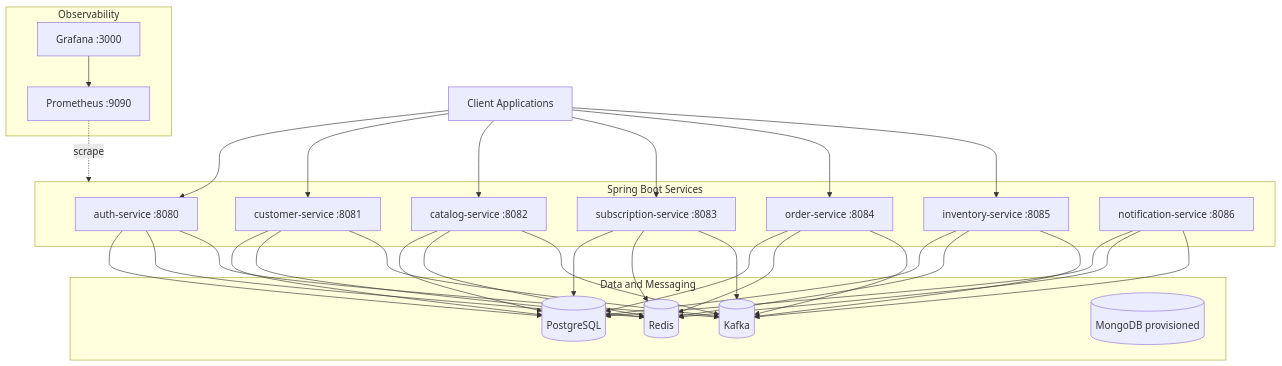
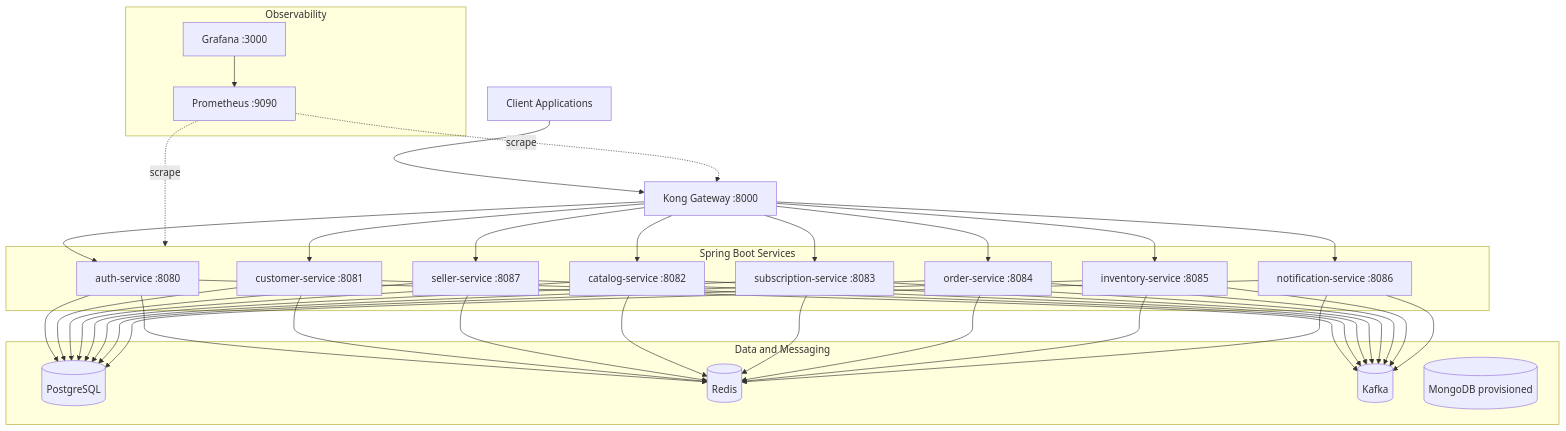
Before and after one commit to jobsonrisoa/market-basket-platform: the second of 6 diagrams in docs/diagrams.md, drawn with Mermaid. The commit also changed other lines of this file and 28 other files, not shown here.

Commit message:
feat(infra): add kong gateway and seller service

````diff
--- a/docs/diagrams.md
+++ b/docs/diagrams.md
@@ -23,60 +25,69 @@
 ```mermaid
 flowchart TB
   client[Client Applications]
+  kong[Kong Gateway :8000]
 
   subgraph services[Spring Boot Services]
     auth[auth-service :8080]
     customer[customer-service :8081]
+    seller[seller-service :8087]
     catalog[catalog-service :8082]
     subscription[subscription-service :8083]
     order[order-service :8084]
     inventory[inventory-service :8085]
     notification[notification-service :8086]
   end
 
   subgraph data[Data and Messaging]
     postgres[(PostgreSQL)]
     redis[(Redis)]
     kafka[(Kafka)]
     mongo[(MongoDB provisioned)]
   end
 
   subgraph obs[Observability]
     prometheus[Prometheus :9090]
     grafana[Grafana :3000]
   end
 
-  client --> auth
-  client --> customer
-  client --> catalog
-  client --> subscription
-  client --> order
-  client --> inventory
+  client --> kong
+  kong --> auth
+  kong --> customer
+  kong --> seller
+  kong --> catalog
+  kong --> subscription
+  kong --> order
+  kong --> inventory
+  kong --> notification
 
   auth --> postgres
   customer --> postgres
+  seller --> postgres
   catalog --> postgres
   subscription --> postgres
   order --> postgres
   inventory --> postgres
   notification --> postgres
 
   auth --> redis
   customer --> redis
+  seller --> redis
   catalog --> redis
   subscription --> redis
   order --> redis
   inventory --> redis
   notification --> redis
 
   auth --> kafka
   customer --> kafka
+  seller --> kafka
   catalog --> kafka
   subscription --> kafka
   order --> kafka
   inventory --> kafka
   notification --> kafka
 
   prometheus -. scrape .-> services
+  prometheus -. scrape .-> kong
   grafana --> prometheus
 ```
````
